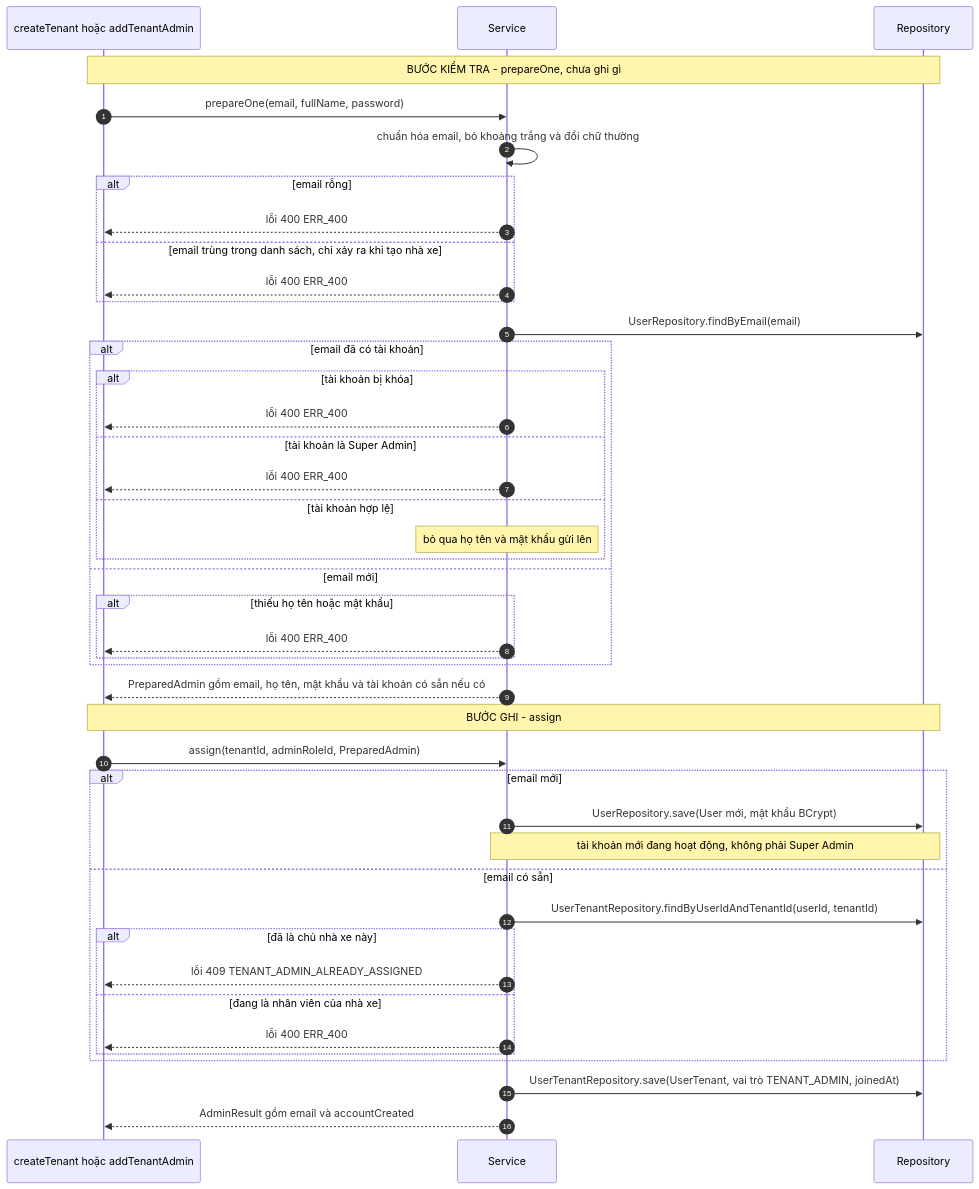
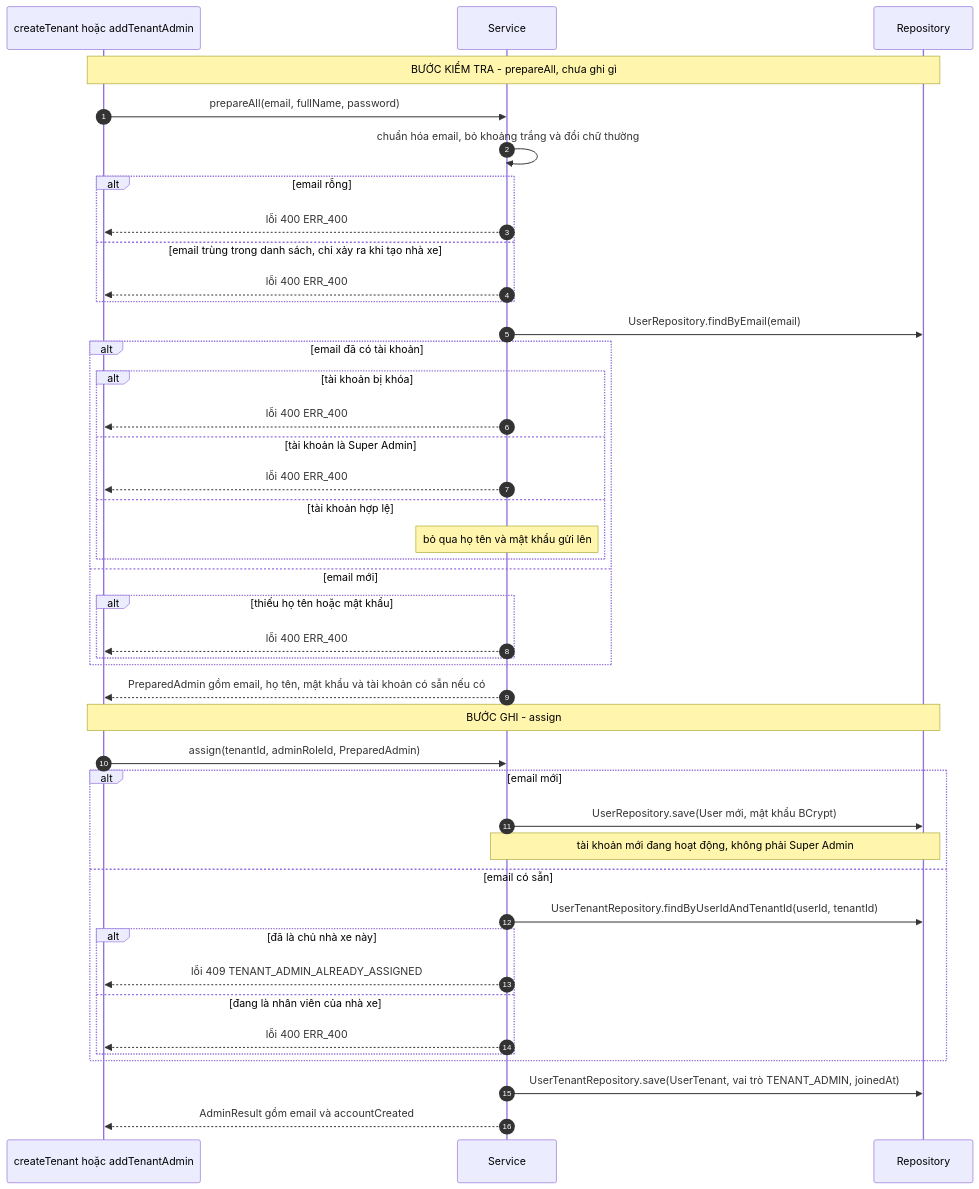
Before and after one commit to foodboi88/car-rental-saas: the second of 11 diagrams in docs/plans/tenant/2026-10-19-tenant-api-spec.md, drawn with Mermaid. The commit also changed other lines of this file and 2 other files, not shown here.

First line of the commit message:
feature/huynq7-frontend: cập nhật tài liệu theo bản làm gọn và lỗi 500 của API tra cứu

````diff
--- a/docs/plans/tenant/2026-10-19-tenant-api-spec.md
+++ b/docs/plans/tenant/2026-10-19-tenant-api-spec.md
@@ -95,45 +95,45 @@
 ```mermaid
 sequenceDiagram
   autonumber
   participant G as createTenant hoặc addTenantAdmin
   participant S as Service
   participant R as Repository
-  Note over G,R: BƯỚC KIỂM TRA - prepareOne, chưa ghi gì
-  G->>S: prepareOne(email, fullName, password)
+  Note over G,R: BƯỚC KIỂM TRA - prepareAll, chưa ghi gì
+  G->>S: prepareAll(email, fullName, password)
   S->>S: chuẩn hóa email, bỏ khoảng trắng và đổi chữ thường
   alt email rỗng
     S-->>G: lỗi 400 ERR_400
   else email trùng trong danh sách, chỉ xảy ra khi tạo nhà xe
     S-->>G: lỗi 400 ERR_400
   end
   S->>R: UserRepository.findByEmail(email)
   alt email đã có tài khoản
     alt tài khoản bị khóa
       S-->>G: lỗi 400 ERR_400
     else tài khoản là Super Admin
       S-->>G: lỗi 400 ERR_400
     else tài khoản hợp lệ
       Note over S: bỏ qua họ tên và mật khẩu gửi lên
     end
   else email mới
     alt thiếu họ tên hoặc mật khẩu
       S-->>G: lỗi 400 ERR_400
     end
   end
   S-->>G: PreparedAdmin gồm email, họ tên, mật khẩu và tài khoản có sẵn nếu có
   Note over G,R: BƯỚC GHI - assign
   G->>S: assign(tenantId, adminRoleId, PreparedAdmin)
   alt email mới
     S->>R: UserRepository.save(User mới, mật khẩu BCrypt)
     Note over S,R: tài khoản mới đang hoạt động, không phải Super Admin
   else email có sẵn
     S->>R: UserTenantRepository.findByUserIdAndTenantId(userId, tenantId)
     alt đã là chủ nhà xe này
       S-->>G: lỗi 409 TENANT_ADMIN_ALREADY_ASSIGNED
     else đang là nhân viên của nhà xe
       S-->>G: lỗi 400 ERR_400
     end
   end
   S->>R: UserTenantRepository.save(UserTenant, vai trò TENANT_ADMIN, joinedAt)
   S-->>G: AdminResult gồm email và accountCreated
 ```
````
